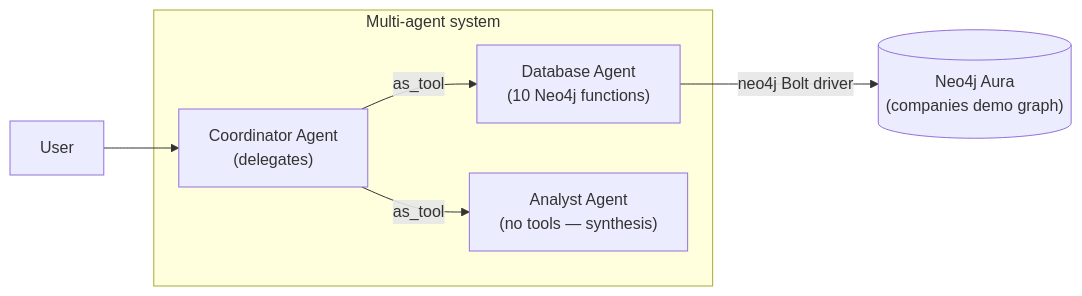
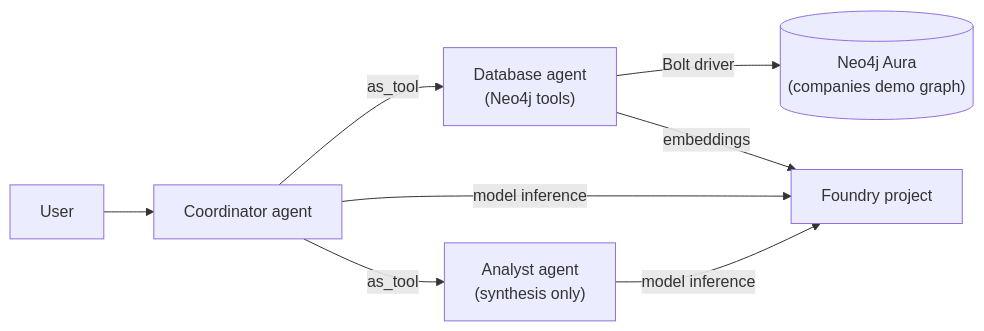
One commit to jacobdasuqi-neo4j/neo4j-agent-integrations-c360 changed the diagram in microsoft-agent-framework/examples/multi-agent/README.md. Above: the diagram before and after it, drawn with Mermaid. The commit also changed other lines of this file and 22 other files, not shown here.

First line of the commit message:
Update Microsoft Foundry and Agent Framework examples (#60)

````diff
--- a/microsoft-agent-framework/examples/multi-agent/README.md
+++ b/microsoft-agent-framework/examples/multi-agent/README.md
@@ -28,12 +28,10 @@
 ```mermaid
 flowchart LR
-    user["User"] --> coord
-    subgraph agents["Multi-agent system"]
-        coord["Coordinator Agent<br/>(delegates)"]
-        db["Database Agent<br/>(10 Neo4j functions)"]
-        analyst["Analyst Agent<br/>(no tools — synthesis)"]
-    end
-    coord -->|as_tool| db
-    coord -->|as_tool| analyst
-    db -->|neo4j Bolt driver| neo4j[("Neo4j Aura<br/>(companies demo graph)")]
+    user["User"] --> coordinator["Coordinator agent"]
+    coordinator -->|as_tool| database["Database agent<br/>(Neo4j tools)"]
+    coordinator -->|as_tool| analyst["Analyst agent<br/>(synthesis only)"]
+    database -->|Bolt driver| neo4j[("Neo4j Aura<br/>(companies demo graph)")]
+    database -->|embeddings| foundry["Foundry project"]
+    coordinator -->|model inference| foundry
+    analyst -->|model inference| foundry
 ```
````
